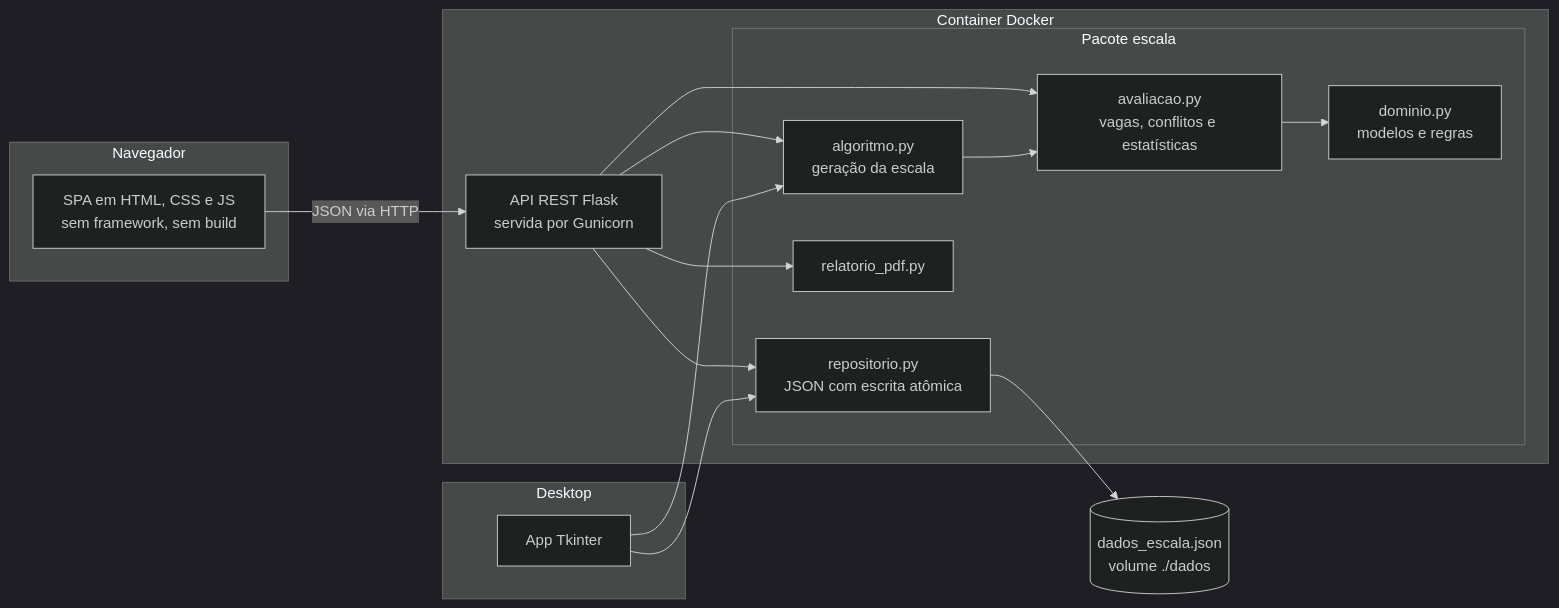
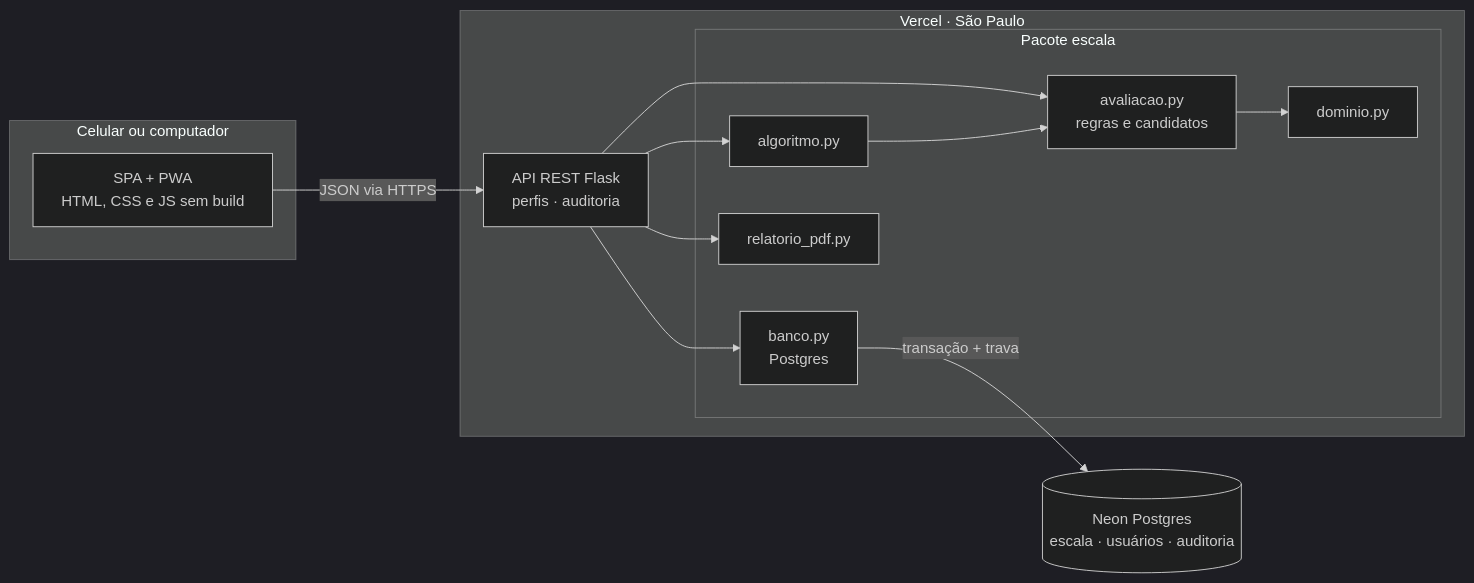
Before and after one commit to CarlosAlvesSantosJr/escalas-de-plantao: the third of 3 diagrams in docs/PORTFOLIO.md, drawn with Mermaid (dark theme). The commit also changed other lines of this file and 20 other files, not shown here.

First line of the commit message:
Documentação de portfólio: app em produção na Vercel, uso pela equipe e imagens anonimizadas

````diff
--- a/docs/PORTFOLIO.md
+++ b/docs/PORTFOLIO.md
@@ -147,30 +162,21 @@
 ```mermaid
 flowchart LR
-    subgraph Navegador
-        UI["SPA em HTML, CSS e JS<br/>sem framework, sem build"]
+    subgraph Cliente["Celular ou computador"]
+        UI["SPA + PWA<br/>HTML, CSS e JS sem build"]
     end
-    subgraph Desktop
-        TK["App Tkinter"]
-    end
-    subgraph Docker["Container Docker"]
-        API["API REST Flask<br/>servida por Gunicorn"]
+    subgraph Vercel["Vercel · São Paulo"]
+        API["API REST Flask<br/>perfis · auditoria"]
         subgraph Nucleo["Pacote escala"]
-            DOM["dominio.py<br/>modelos e regras"]
-            ALG["algoritmo.py<br/>geração da escala"]
-            AVA["avaliacao.py<br/>vagas, conflitos e estatísticas"]
-            REP["repositorio.py<br/>JSON com escrita atômica"]
+            DOM["dominio.py"]
+            ALG["algoritmo.py"]
+            AVA["avaliacao.py<br/>regras e candidatos"]
+            BAN["banco.py<br/>Postgres"]
             PDF["relatorio_pdf.py"]
         end
     end
-    DB[("dados_escala.json<br/>volume ./dados")]
-    UI -- "JSON via HTTP" --> API
-    API --> ALG
-    API --> AVA
-    API --> REP
-    API --> PDF
-    TK --> ALG
-    TK --> REP
-    ALG --> AVA
-    AVA --> DOM
-    REP --> DB
+    DB[("Neon Postgres<br/>escala · usuários · auditoria")]
+    UI -- "JSON via HTTPS" --> API
+    API --> ALG & AVA & BAN & PDF
+    ALG --> AVA --> DOM
+    BAN -- "transação + trava" --> DB
 ```
````
